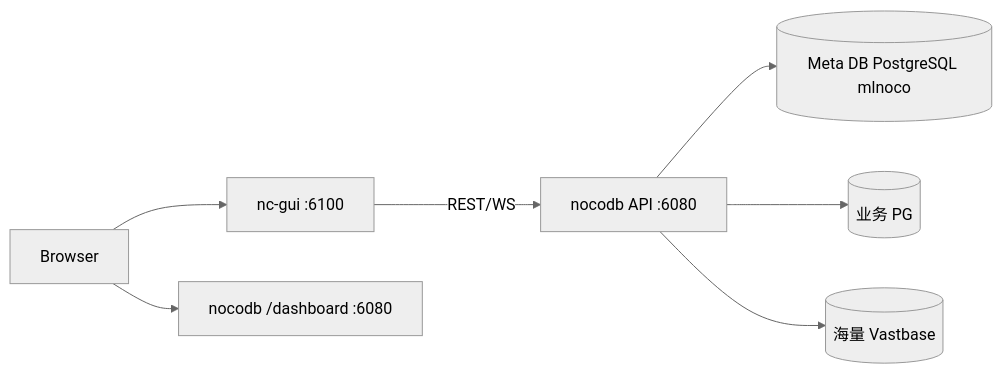
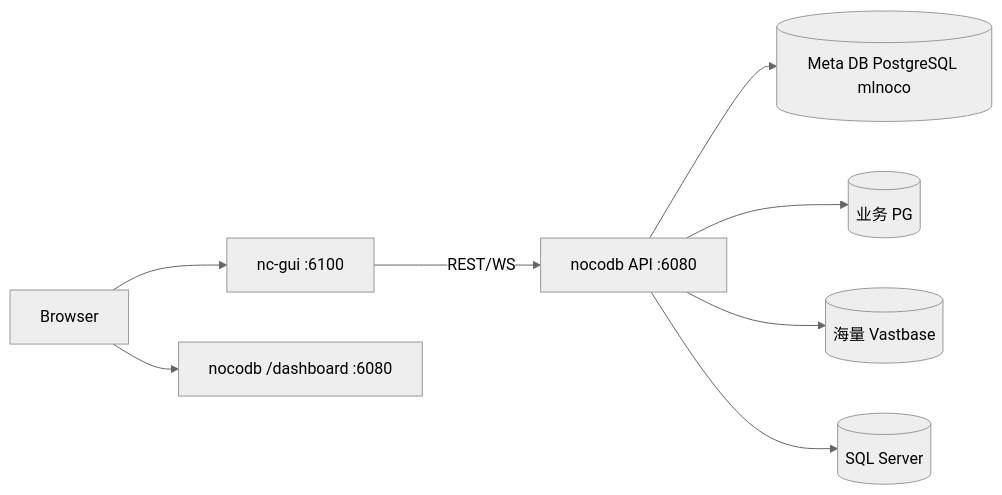
Before and after one commit to TristanTong/nocodb: the first of 2 diagrams in docs/02-架构设计文档.md, drawn with Mermaid (neutral theme). The commit also changed other lines of this file and 18 other files, not shown here.

````diff
--- a/docs/02-架构设计文档.md
+++ b/docs/02-架构设计文档.md
@@ -18,9 +18,10 @@
 ```mermaid
 flowchart LR
   User[Browser] --> FE[nc-gui :6100]
   User --> BEStatic[nocodb /dashboard :6080]
   FE -->|REST/WS| BE[nocodb API :6080]
   BE --> Meta[(Meta DB PostgreSQL mlnoco)]
   BE --> DS1[(业务 PG)]
   BE --> DS2[(海量 Vastbase)]
+  BE --> DS3[(SQL Server)]
 ```
````
